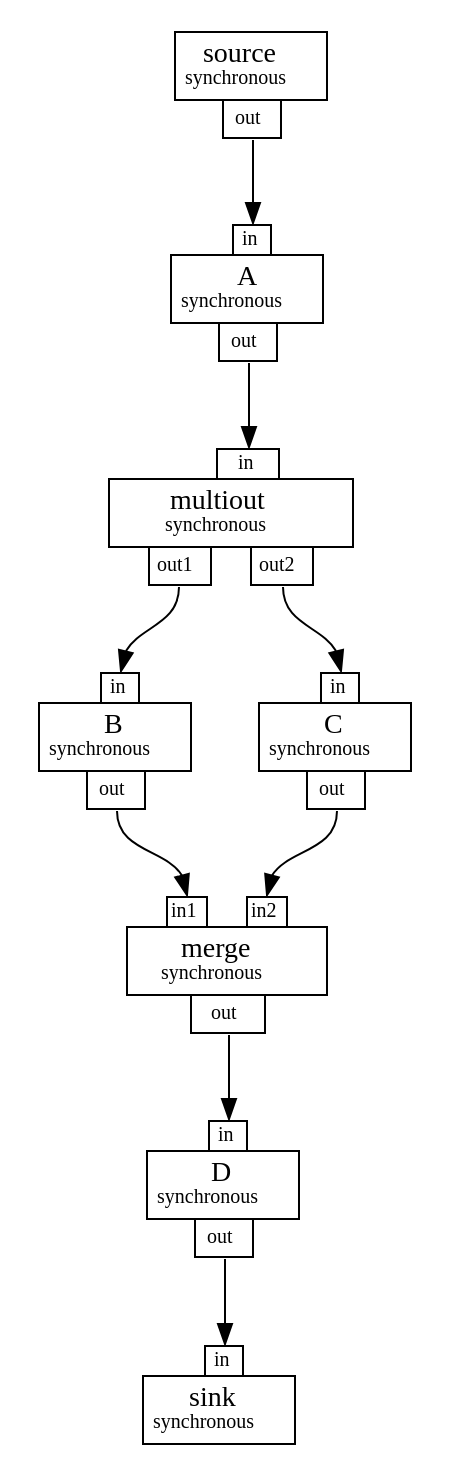
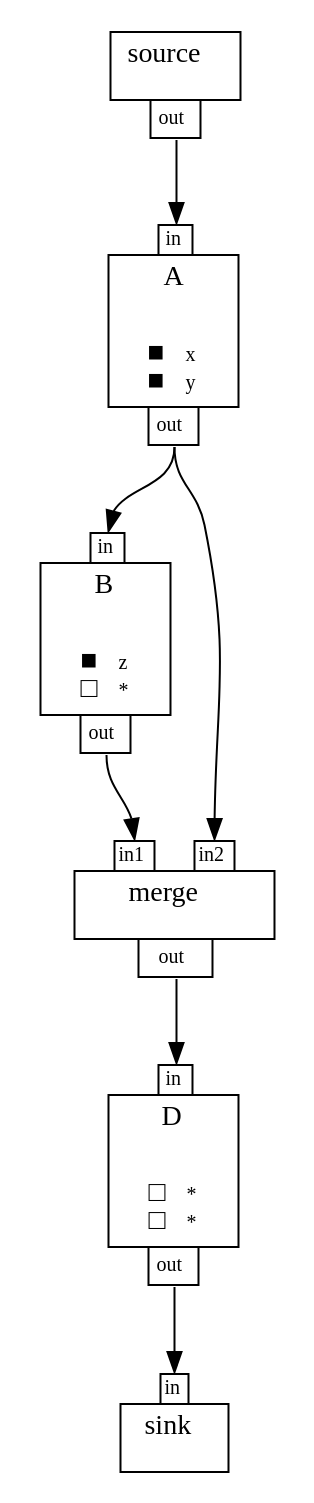
Before and after one commit to dbonattoj/mf: the diagram in fg.gv, drawn with Graphviz. The commit also changed 12 other files, not shown here.

```diff
--- a/fg.gv
+++ b/fg.gv
@@ -1,37 +1,29 @@
 digraph G{
 	rankdir=TB
 	filter0 [shape=plaintext label=<
-<TABLE BORDER="0" CELLBORDER="0" CELLSPACING="0" CELLPADDING="0"><TR><TD COLSPAN="1" BORDER="1" CELLPADDING="4">source<BR/><FONT POINT-SIZE="10">synchronous</FONT></TD></TR><TR><TD COLSPAN="1" BORDER="0"><TABLE BORDER="0" CELLBORDER="0" CELLSPACING="0" CELLPADDING="0"><TR><TD WIDTH="20"></TD><TD BORDER="1" CELLPADDING="3" PORT="out1"><FONT POINT-SIZE="10">out</FONT></TD><TD WIDTH="20"></TD></TR></TABLE></TD></TR></TABLE>
+<TABLE BORDER="0" CELLBORDER="0" CELLSPACING="0" CELLPADDING="0"><TR><TD COLSPAN="1" BORDER="1" CELLPADDING="4">source<BR/><FONT POINT-SIZE="10">&nbsp;</FONT></TD></TR><TR><TD COLSPAN="1" BORDER="0"><TABLE BORDER="0" CELLBORDER="0" CELLSPACING="0" CELLPADDING="0"><TR><TD WIDTH="20"></TD><TD BORDER="1" CELLPADDING="3" PORT="out1"><FONT POINT-SIZE="10">out</FONT></TD><TD WIDTH="20"></TD></TR></TABLE></TD></TR></TABLE>
 >];
 	filter2 [shape=plaintext label=<
-<TABLE BORDER="0" CELLBORDER="0" CELLSPACING="0" CELLPADDING="0"><TR><TD WIDTH="20"></TD><TD BORDER="1" CELLPADDING="1" PORT="in3"><FONT POINT-SIZE="10">in</FONT></TD><TD WIDTH="20"></TD></TR><TR><TD COLSPAN="3" BORDER="1" CELLPADDING="4">A<BR/><FONT POINT-SIZE="10">synchronous</FONT></TD></TR><TR><TD COLSPAN="3" BORDER="0"><TABLE BORDER="0" CELLBORDER="0" CELLSPACING="0" CELLPADDING="0"><TR><TD WIDTH="20"></TD><TD BORDER="1" CELLPADDING="3" PORT="out4"><FONT POINT-SIZE="10">out</FONT></TD><TD WIDTH="20"></TD></TR></TABLE></TD></TR></TABLE>
+<TABLE BORDER="0" CELLBORDER="0" CELLSPACING="0" CELLPADDING="0"><TR><TD WIDTH="20"></TD><TD BORDER="1" CELLPADDING="1" PORT="in3"><FONT POINT-SIZE="10">in</FONT></TD><TD WIDTH="20"></TD></TR><TR><TD COLSPAN="3" BORDER="1" CELLPADDING="4">A<BR/><FONT POINT-SIZE="10">&nbsp;</FONT><BR/><BR/>&#x25A0; <FONT POINT-SIZE="10">x</FONT><BR/>&#x25A0; <FONT POINT-SIZE="10">y</FONT><BR/></TD></TR><TR><TD COLSPAN="3" BORDER="0"><TABLE BORDER="0" CELLBORDER="0" CELLSPACING="0" CELLPADDING="0"><TR><TD WIDTH="20"></TD><TD BORDER="1" CELLPADDING="3" PORT="out4"><FONT POINT-SIZE="10">out</FONT></TD><TD WIDTH="20"></TD></TR></TABLE></TD></TR></TABLE>
 >];
 	filter5 [shape=plaintext label=<
-<TABLE BORDER="0" CELLBORDER="0" CELLSPACING="0" CELLPADDING="0"><TR><TD WIDTH="20"></TD><TD BORDER="1" CELLPADDING="1" PORT="in6"><FONT POINT-SIZE="10">in</FONT></TD><TD WIDTH="20"></TD></TR><TR><TD COLSPAN="3" BORDER="1" CELLPADDING="4">multiout<BR/><FONT POINT-SIZE="10">synchronous</FONT></TD></TR><TR><TD COLSPAN="3" BORDER="0"><TABLE BORDER="0" CELLBORDER="0" CELLSPACING="0" CELLPADDING="0"><TR><TD WIDTH="20"></TD><TD BORDER="1" CELLPADDING="3" PORT="out7"><FONT POINT-SIZE="10">out1</FONT></TD><TD WIDTH="20"></TD><TD BORDER="1" CELLPADDING="3" PORT="out8"><FONT POINT-SIZE="10">out2</FONT></TD><TD WIDTH="20"></TD></TR></TABLE></TD></TR></TABLE>
+<TABLE BORDER="0" CELLBORDER="0" CELLSPACING="0" CELLPADDING="0"><TR><TD WIDTH="20"></TD><TD BORDER="1" CELLPADDING="1" PORT="in6"><FONT POINT-SIZE="10">in</FONT></TD><TD WIDTH="20"></TD></TR><TR><TD COLSPAN="3" BORDER="1" CELLPADDING="4">B<BR/><FONT POINT-SIZE="10">&nbsp;</FONT><BR/><BR/>&#x25A0; <FONT POINT-SIZE="10">z</FONT><BR/>&#x25A1; <FONT POINT-SIZE="10">*</FONT><BR/></TD></TR><TR><TD COLSPAN="3" BORDER="0"><TABLE BORDER="0" CELLBORDER="0" CELLSPACING="0" CELLPADDING="0"><TR><TD WIDTH="20"></TD><TD BORDER="1" CELLPADDING="3" PORT="out7"><FONT POINT-SIZE="10">out</FONT></TD><TD WIDTH="20"></TD></TR></TABLE></TD></TR></TABLE>
 >];
-	filter9 [shape=plaintext label=<
-<TABLE BORDER="0" CELLBORDER="0" CELLSPACING="0" CELLPADDING="0"><TR><TD WIDTH="20"></TD><TD BORDER="1" CELLPADDING="1" PORT="in10"><FONT POINT-SIZE="10">in</FONT></TD><TD WIDTH="20"></TD></TR><TR><TD COLSPAN="3" BORDER="1" CELLPADDING="4">B<BR/><FONT POINT-SIZE="10">synchronous</FONT></TD></TR><TR><TD COLSPAN="3" BORDER="0"><TABLE BORDER="0" CELLBORDER="0" CELLSPACING="0" CELLPADDING="0"><TR><TD WIDTH="20"></TD><TD BORDER="1" CELLPADDING="3" PORT="out11"><FONT POINT-SIZE="10">out</FONT></TD><TD WIDTH="20"></TD></TR></TABLE></TD></TR></TABLE>
+	filter8 [shape=plaintext label=<
+<TABLE BORDER="0" CELLBORDER="0" CELLSPACING="0" CELLPADDING="0"><TR><TD WIDTH="20"></TD><TD BORDER="1" CELLPADDING="1" PORT="in9"><FONT POINT-SIZE="10">in1</FONT></TD><TD WIDTH="20"></TD><TD BORDER="1" CELLPADDING="1" PORT="in10"><FONT POINT-SIZE="10">in2</FONT></TD><TD WIDTH="20"></TD></TR><TR><TD COLSPAN="5" BORDER="1" CELLPADDING="4">merge<BR/><FONT POINT-SIZE="10">&nbsp;</FONT></TD></TR><TR><TD COLSPAN="5" BORDER="0"><TABLE BORDER="0" CELLBORDER="0" CELLSPACING="0" CELLPADDING="0"><TR><TD WIDTH="20"></TD><TD BORDER="1" CELLPADDING="3" PORT="out11"><FONT POINT-SIZE="10">out</FONT></TD><TD WIDTH="20"></TD></TR></TABLE></TD></TR></TABLE>
 >];
 	filter12 [shape=plaintext label=<
-<TABLE BORDER="0" CELLBORDER="0" CELLSPACING="0" CELLPADDING="0"><TR><TD WIDTH="20"></TD><TD BORDER="1" CELLPADDING="1" PORT="in13"><FONT POINT-SIZE="10">in</FONT></TD><TD WIDTH="20"></TD></TR><TR><TD COLSPAN="3" BORDER="1" CELLPADDING="4">C<BR/><FONT POINT-SIZE="10">synchronous</FONT></TD></TR><TR><TD COLSPAN="3" BORDER="0"><TABLE BORDER="0" CELLBORDER="0" CELLSPACING="0" CELLPADDING="0"><TR><TD WIDTH="20"></TD><TD BORDER="1" CELLPADDING="3" PORT="out14"><FONT POINT-SIZE="10">out</FONT></TD><TD WIDTH="20"></TD></TR></TABLE></TD></TR></TABLE>
+<TABLE BORDER="0" CELLBORDER="0" CELLSPACING="0" CELLPADDING="0"><TR><TD WIDTH="20"></TD><TD BORDER="1" CELLPADDING="1" PORT="in13"><FONT POINT-SIZE="10">in</FONT></TD><TD WIDTH="20"></TD></TR><TR><TD COLSPAN="3" BORDER="1" CELLPADDING="4">D<BR/><FONT POINT-SIZE="10">&nbsp;</FONT><BR/><BR/>&#x25A1; <FONT POINT-SIZE="10">*</FONT><BR/>&#x25A1; <FONT POINT-SIZE="10">*</FONT><BR/></TD></TR><TR><TD COLSPAN="3" BORDER="0"><TABLE BORDER="0" CELLBORDER="0" CELLSPACING="0" CELLPADDING="0"><TR><TD WIDTH="20"></TD><TD BORDER="1" CELLPADDING="3" PORT="out14"><FONT POINT-SIZE="10">out</FONT></TD><TD WIDTH="20"></TD></TR></TABLE></TD></TR></TABLE>
 >];
 	filter15 [shape=plaintext label=<
-<TABLE BORDER="0" CELLBORDER="0" CELLSPACING="0" CELLPADDING="0"><TR><TD WIDTH="20"></TD><TD BORDER="1" CELLPADDING="1" PORT="in16"><FONT POINT-SIZE="10">in1</FONT></TD><TD WIDTH="20"></TD><TD BORDER="1" CELLPADDING="1" PORT="in17"><FONT POINT-SIZE="10">in2</FONT></TD><TD WIDTH="20"></TD></TR><TR><TD COLSPAN="5" BORDER="1" CELLPADDING="4">merge<BR/><FONT POINT-SIZE="10">synchronous</FONT></TD></TR><TR><TD COLSPAN="5" BORDER="0"><TABLE BORDER="0" CELLBORDER="0" CELLSPACING="0" CELLPADDING="0"><TR><TD WIDTH="20"></TD><TD BORDER="1" CELLPADDING="3" PORT="out18"><FONT POINT-SIZE="10">out</FONT></TD><TD WIDTH="20"></TD></TR></TABLE></TD></TR></TABLE>
->];
-	filter19 [shape=plaintext label=<
-<TABLE BORDER="0" CELLBORDER="0" CELLSPACING="0" CELLPADDING="0"><TR><TD WIDTH="20"></TD><TD BORDER="1" CELLPADDING="1" PORT="in20"><FONT POINT-SIZE="10">in</FONT></TD><TD WIDTH="20"></TD></TR><TR><TD COLSPAN="3" BORDER="1" CELLPADDING="4">D<BR/><FONT POINT-SIZE="10">synchronous</FONT></TD></TR><TR><TD COLSPAN="3" BORDER="0"><TABLE BORDER="0" CELLBORDER="0" CELLSPACING="0" CELLPADDING="0"><TR><TD WIDTH="20"></TD><TD BORDER="1" CELLPADDING="3" PORT="out21"><FONT POINT-SIZE="10">out</FONT></TD><TD WIDTH="20"></TD></TR></TABLE></TD></TR></TABLE>
->];
-	filter22 [shape=plaintext label=<
-<TABLE BORDER="0" CELLBORDER="0" CELLSPACING="0" CELLPADDING="0"><TR><TD WIDTH="20"></TD><TD BORDER="1" CELLPADDING="1" PORT="in23"><FONT POINT-SIZE="10">in</FONT></TD><TD WIDTH="20"></TD></TR><TR><TD COLSPAN="3" BORDER="1" CELLPADDING="4">sink<BR/><FONT POINT-SIZE="10">synchronous</FONT></TD></TR></TABLE>
+<TABLE BORDER="0" CELLBORDER="0" CELLSPACING="0" CELLPADDING="0"><TR><TD WIDTH="20"></TD><TD BORDER="1" CELLPADDING="1" PORT="in16"><FONT POINT-SIZE="10">in</FONT></TD><TD WIDTH="20"></TD></TR><TR><TD COLSPAN="3" BORDER="1" CELLPADDING="4">sink<BR/><FONT POINT-SIZE="10">&nbsp;</FONT></TD></TR></TABLE>
 >];
 	filter0:out1 -> filter2:in3 [arrowhead="normal", headlabel=<>, fontsize=10, labelangle=45, labeldistance=2.0, ];
 	filter2:out4 -> filter5:in6 [arrowhead="normal", headlabel=<>, fontsize=10, labelangle=45, labeldistance=2.0, ];
-	filter5:out7 -> filter9:in10 [arrowhead="normal", headlabel=<>, fontsize=10, labelangle=45, labeldistance=2.0, ];
-	filter5:out8 -> filter12:in13 [arrowhead="normal", headlabel=<>, fontsize=10, labelangle=45, labeldistance=2.0, ];
-	filter9:out11 -> filter15:in16 [arrowhead="normal", headlabel=<>, fontsize=10, labelangle=45, labeldistance=2.0, ];
-	filter12:out14 -> filter15:in17 [arrowhead="normal", headlabel=<>, fontsize=10, labelangle=45, labeldistance=2.0, ];
-	filter15:out18 -> filter19:in20 [arrowhead="normal", headlabel=<>, fontsize=10, labelangle=45, labeldistance=2.0, ];
-	filter19:out21 -> filter22:in23 [arrowhead="normal", headlabel=<>, fontsize=10, labelangle=45, labeldistance=2.0, ];
+	filter5:out7 -> filter8:in9 [arrowhead="normal", headlabel=<>, fontsize=10, labelangle=45, labeldistance=2.0, ];
+	filter2:out4 -> filter8:in10 [arrowhead="normal", headlabel=<>, fontsize=10, labelangle=45, labeldistance=2.0, ];
+	filter8:out11 -> filter12:in13 [arrowhead="normal", headlabel=<>, fontsize=10, labelangle=45, labeldistance=2.0, ];
+	filter12:out14 -> filter15:in16 [arrowhead="normal", headlabel=<>, fontsize=10, labelangle=45, labeldistance=2.0, ];
 	{rank=source; filter0}
-	{rank=sink; filter22}
+	{rank=sink; filter15}
 }
```
